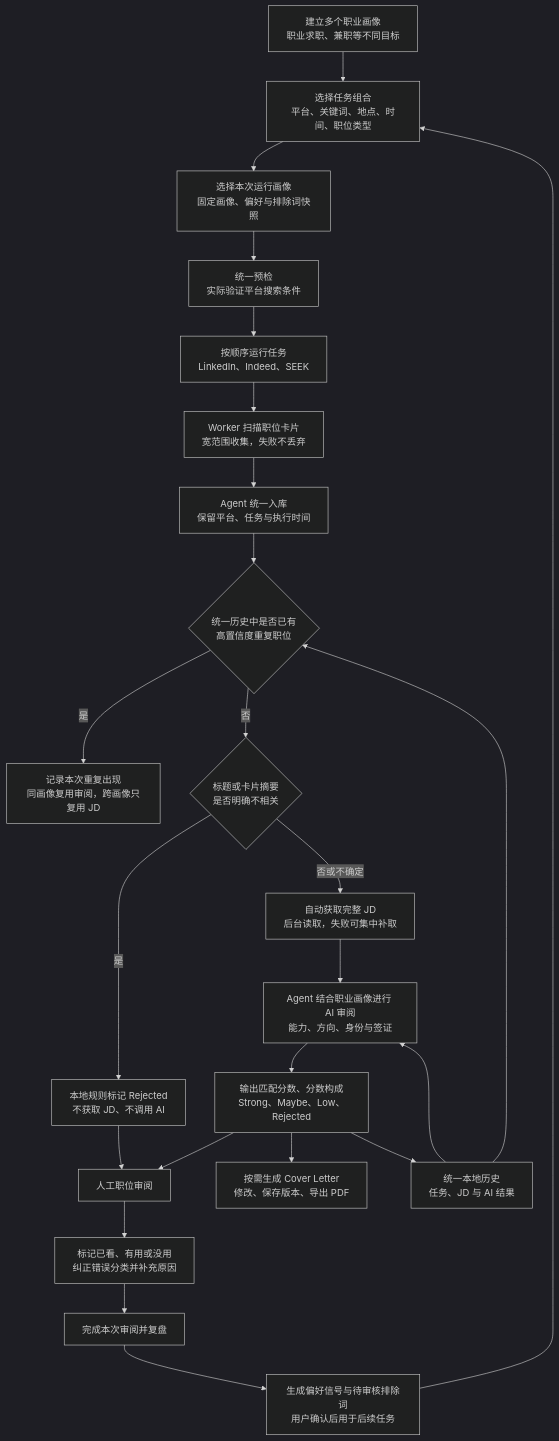
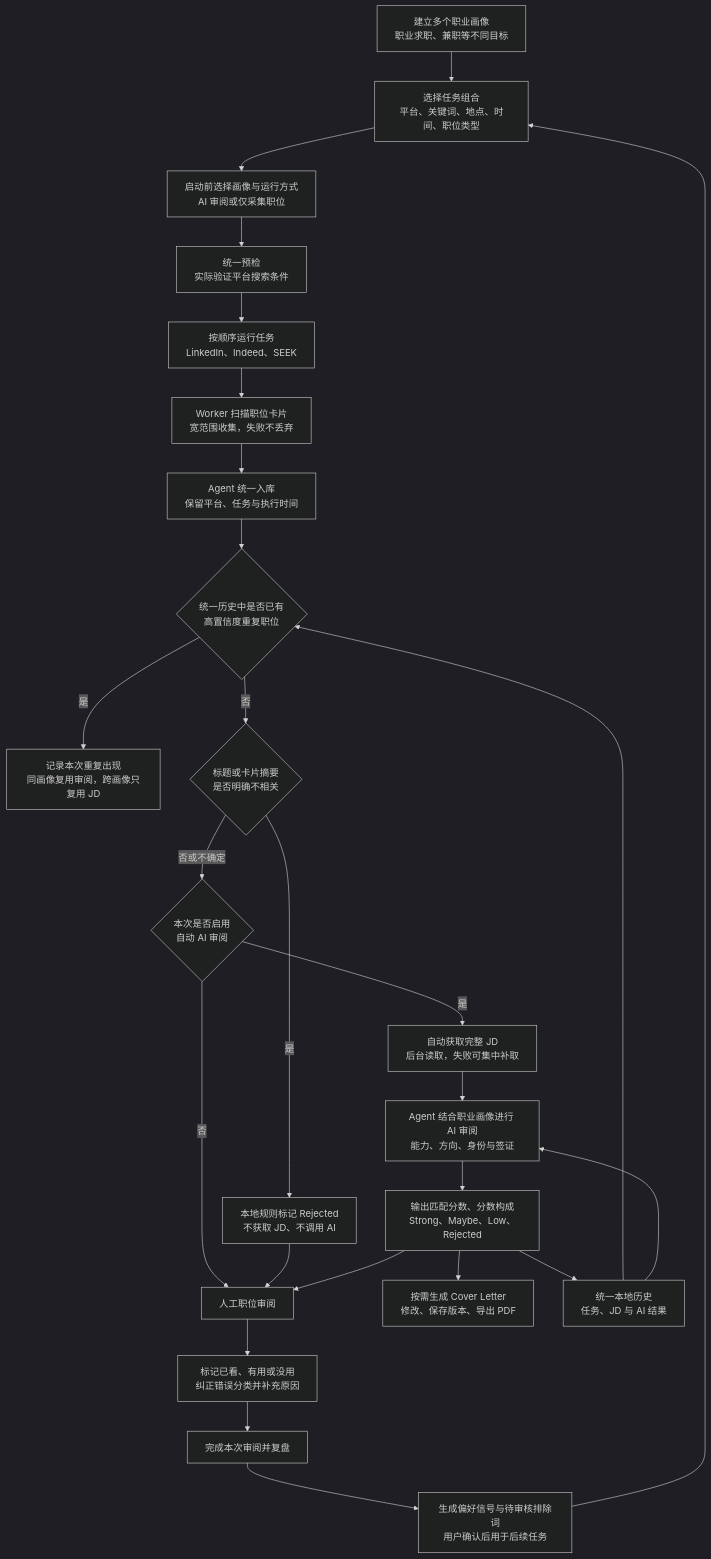
The diagram in README.md (Young501/job_agent), drawn with Mermaid (dark theme) before and after one commit. The commit also changed other lines of this file and 12 other files, not shown here.

````diff
--- a/README.md
+++ b/README.md
@@ -15,26 +15,28 @@
 ```mermaid
 flowchart TD
     A["建立多个职业画像<br/>职业求职、兼职等不同目标"] --> B["选择任务组合<br/>平台、关键词、地点、时间、职位类型"]
-    B --> B1["选择本次运行画像<br/>固定画像、偏好与排除词快照"]
+    B --> B1["启动前选择画像与运行方式<br/>AI 审阅或仅采集职位"]
     B1 --> C["统一预检<br/>实际验证平台搜索条件"]
     C --> D["按顺序运行任务<br/>LinkedIn、Indeed、SEEK"]
     D --> E["Worker 扫描职位卡片<br/>宽范围收集，失败不丢弃"]
     E --> F["Agent 统一入库<br/>保留平台、任务与执行时间"]
     F --> G{"统一历史中是否已有<br/>高置信度重复职位"}
     G -->|"是"| H["记录本次重复出现<br/>同画像复用审阅，跨画像只复用 JD"]
     G -->|"否"| I{"标题或卡片摘要<br/>是否明确不相关"}
     I -->|"是"| J["本地规则标记 Rejected<br/>不获取 JD、不调用 AI"]
-    I -->|"否或不确定"| K["自动获取完整 JD<br/>后台读取，失败可集中补取"]
+    I -->|"否或不确定"| X{"本次是否启用<br/>自动 AI 审阅"}
+    X -->|"是"| K["自动获取完整 JD<br/>后台读取，失败可集中补取"]
+    X -->|"否"| N
     K --> L["Agent 结合职业画像进行 AI 审阅<br/>能力、方向、身份与签证"]
     L --> M["输出匹配分数、分数构成<br/>Strong、Maybe、Low、Rejected"]
     J --> N["人工职位审阅"]
     M --> N
     N --> O["标记已看、有用或没用<br/>纠正错误分类并补充原因"]
     O --> P["完成本次审阅并复盘"]
     P --> Q["生成偏好信号与待审核排除词<br/>用户确认后用于后续任务"]
     Q --> B
     M --> S["按需生成 Cover Letter<br/>修改、保存版本、导出 PDF"]
     R["统一本地历史<br/>任务、JD 与 AI 结果"] --> G
     R --> L
     M --> R
 ```
````
